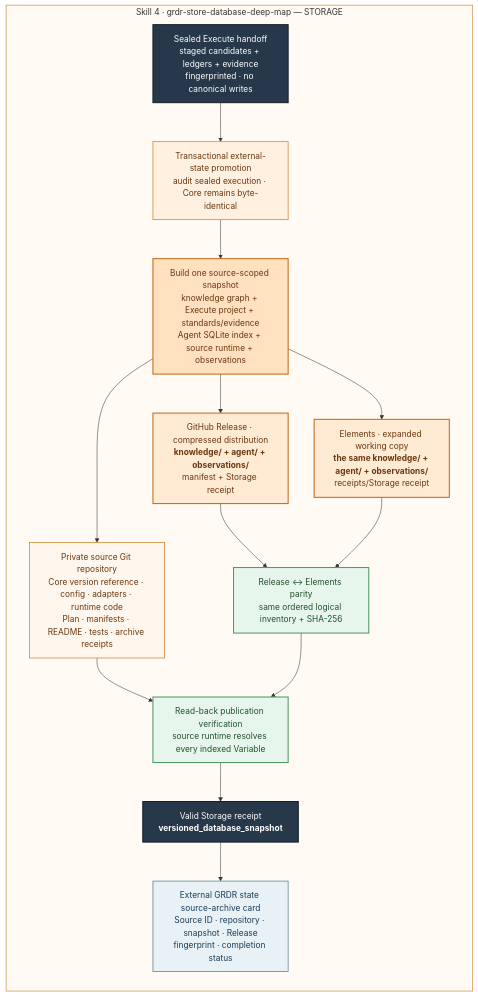
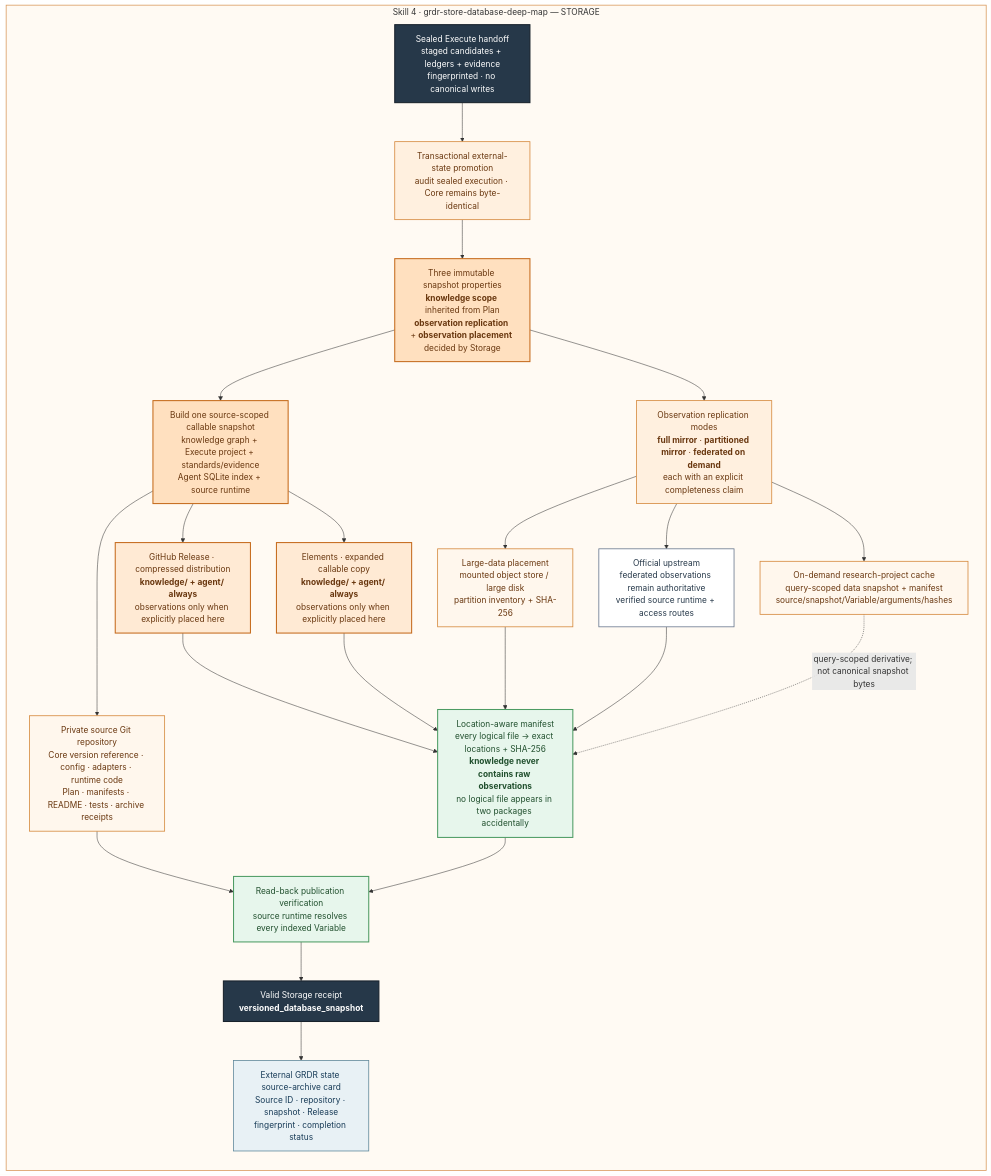
Before and after one commit to yangyuezh/grdr-core-version-archive: the fourth of 5 diagrams in README.md, drawn with Mermaid. The commit also changed other lines of this file and 31 other files, not shown here.

Commit message:
release v4.1.0 scalable storage profiles

````diff
--- a/README.md
+++ b/README.md
@@ -166,37 +166,50 @@
 ```mermaid
 flowchart TB
         SEALED["Sealed Execute handoff<br/>staged candidates + ledgers + evidence<br/>fingerprinted · no canonical writes"]:::handoff
 
         subgraph STORAGE["Skill 4 · grdr-store-database-deep-map — STORAGE"]
             direction TB
             S_PROMOTE["Transactional external-state promotion<br/>audit sealed execution · Core remains byte-identical"]:::storage
-            S_PACKAGE["Build one source-scoped snapshot<br/>knowledge graph + Execute project + standards/evidence<br/>Agent SQLite index + source runtime + observations"]:::storageStrong
+            S_PROFILE["Three immutable snapshot properties<br/><b>knowledge scope</b> inherited from Plan<br/><b>observation replication</b> + <b>observation placement</b> decided by Storage"]:::storageStrong
+            S_PACKAGE["Build one source-scoped callable snapshot<br/>knowledge graph + Execute project + standards/evidence<br/>Agent SQLite index + source runtime"]:::storageStrong
+            S_MODES["Observation replication modes<br/><b>full mirror</b> · <b>partitioned mirror</b> · <b>federated on demand</b><br/>each with an explicit completeness claim"]:::storage
 
             S_REPO["Private source Git repository<br/>Core version reference · config · adapters · runtime code<br/>Plan · manifests · README · tests · archive receipts"]:::artifact
-            S_RELEASE["GitHub Release · compressed distribution<br/><b>knowledge/ + agent/ + observations/</b><br/>manifest + Storage receipt"]:::artifactStrong
-            S_ELEMENTS["Elements · expanded working copy<br/><b>the same knowledge/ + agent/ + observations/</b><br/>receipts/Storage receipt"]:::artifactStrong
-            S_PARITY["Release ↔ Elements parity<br/>same ordered logical inventory + SHA-256"]:::verify
+            S_RELEASE["GitHub Release · compressed distribution<br/><b>knowledge/ + agent/ always</b><br/>observations only when explicitly placed here"]:::artifactStrong
+            S_ELEMENTS["Elements · expanded callable copy<br/><b>knowledge/ + agent/ always</b><br/>observations only when explicitly placed here"]:::artifactStrong
+            S_LARGE["Large-data placement<br/>mounted object store / large disk<br/>partition inventory + SHA-256"]:::artifact
+            S_UPSTREAM["Official upstream<br/>federated observations remain authoritative<br/>verified source runtime + access routes"]:::external
+            S_CACHE["On-demand research-project cache<br/>query-scoped data snapshot + manifest<br/>source/snapshot/Variable/arguments/hashes"]:::artifact
+            S_MANIFEST["Location-aware manifest<br/>every logical file → exact locations + SHA-256<br/><b>knowledge never contains raw observations</b><br/>no logical file appears in two packages accidentally"]:::verify
             S_VERIFY["Read-back publication verification<br/>source runtime resolves every indexed Variable"]:::verify
             S_RECEIPT["Valid Storage receipt<br/><b>versioned_database_snapshot</b>"]:::handoff
             S_CARD["External GRDR state source-archive card<br/>Source ID · repository · snapshot · Release<br/>fingerprint · completion status"]:::shared
 
-            SEALED --> S_PROMOTE --> S_PACKAGE
+            SEALED --> S_PROMOTE --> S_PROFILE --> S_PACKAGE
+            S_PROFILE --> S_MODES
             S_PACKAGE --> S_REPO
             S_PACKAGE --> S_RELEASE
             S_PACKAGE --> S_ELEMENTS
-            S_RELEASE --> S_PARITY
-            S_ELEMENTS --> S_PARITY
+            S_MODES --> S_LARGE
+            S_MODES --> S_UPSTREAM
+            S_MODES --> S_CACHE
+            S_RELEASE --> S_MANIFEST
+            S_ELEMENTS --> S_MANIFEST
+            S_LARGE --> S_MANIFEST
+            S_UPSTREAM --> S_MANIFEST
+            S_CACHE -. "query-scoped derivative; not canonical snapshot bytes" .-> S_MANIFEST
             S_REPO --> S_VERIFY
-            S_PARITY --> S_VERIFY
+            S_MANIFEST --> S_VERIFY
             S_VERIFY --> S_RECEIPT --> S_CARD
         end
 
     classDef shared fill:#E8F1F5,stroke:#5E879A,color:#173B57,stroke-width:1.5px;
     classDef handoff fill:#263849,stroke:#17212B,color:#FFFFFF,stroke-width:2px;
     classDef storage fill:#FFF0DF,stroke:#D48638,color:#69370F,stroke-width:1.5px;
     classDef storageStrong fill:#FFE0BF,stroke:#C56A1B,color:#69370F,stroke-width:2px;
     classDef artifact fill:#FFF7ED,stroke:#D48638,color:#69370F,stroke-width:1.5px;
     classDef artifactStrong fill:#FFEAD4,stroke:#C56A1B,color:#69370F,stroke-width:2px;
+    classDef external fill:#FFFFFF,stroke:#64748B,color:#263849,stroke-width:1.5px;
     classDef verify fill:#E7F6EC,stroke:#4D9B63,color:#204F2D,stroke-width:2px;
     style STORAGE fill:#FFFAF3,stroke:#D99A5D,stroke-width:1.5px
 ```
````
